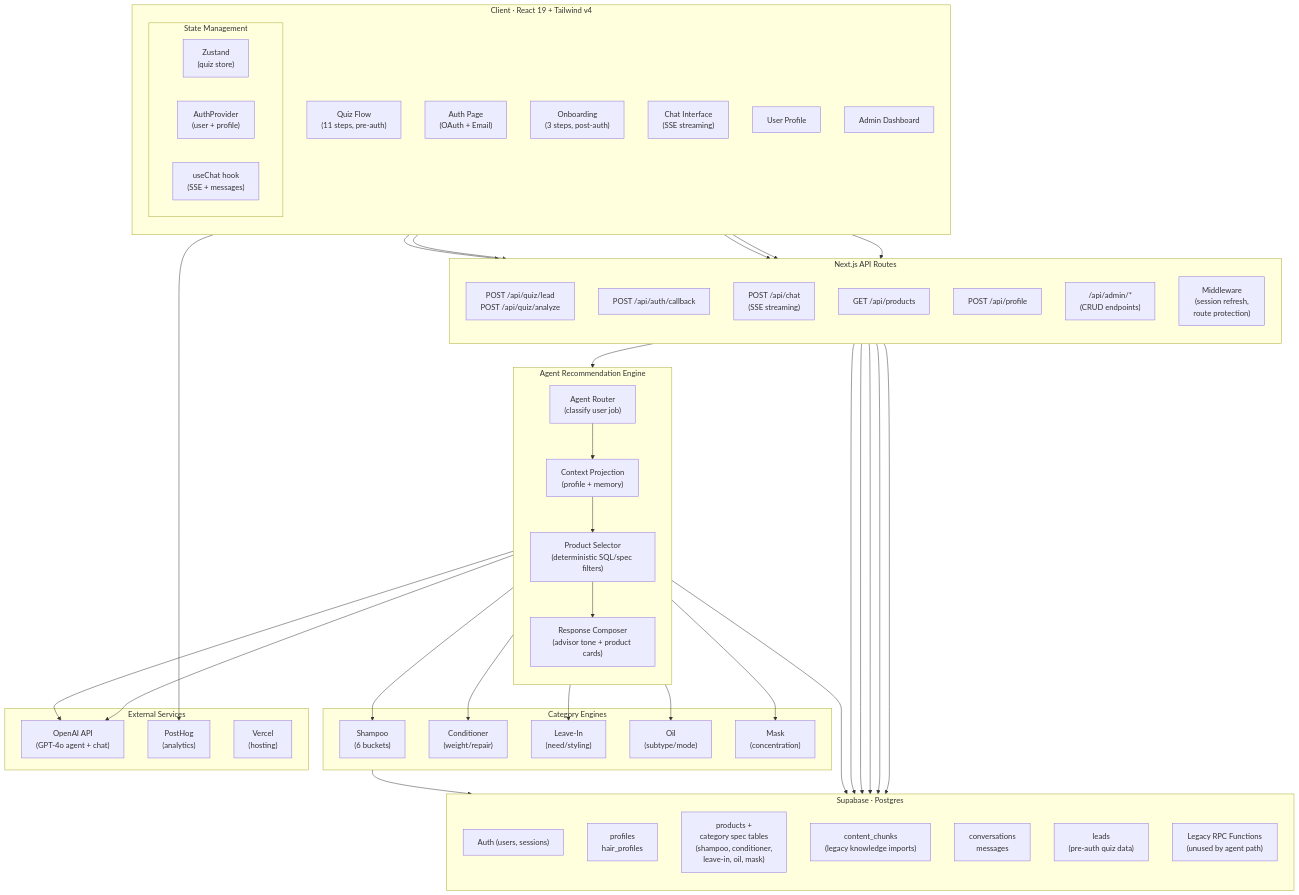
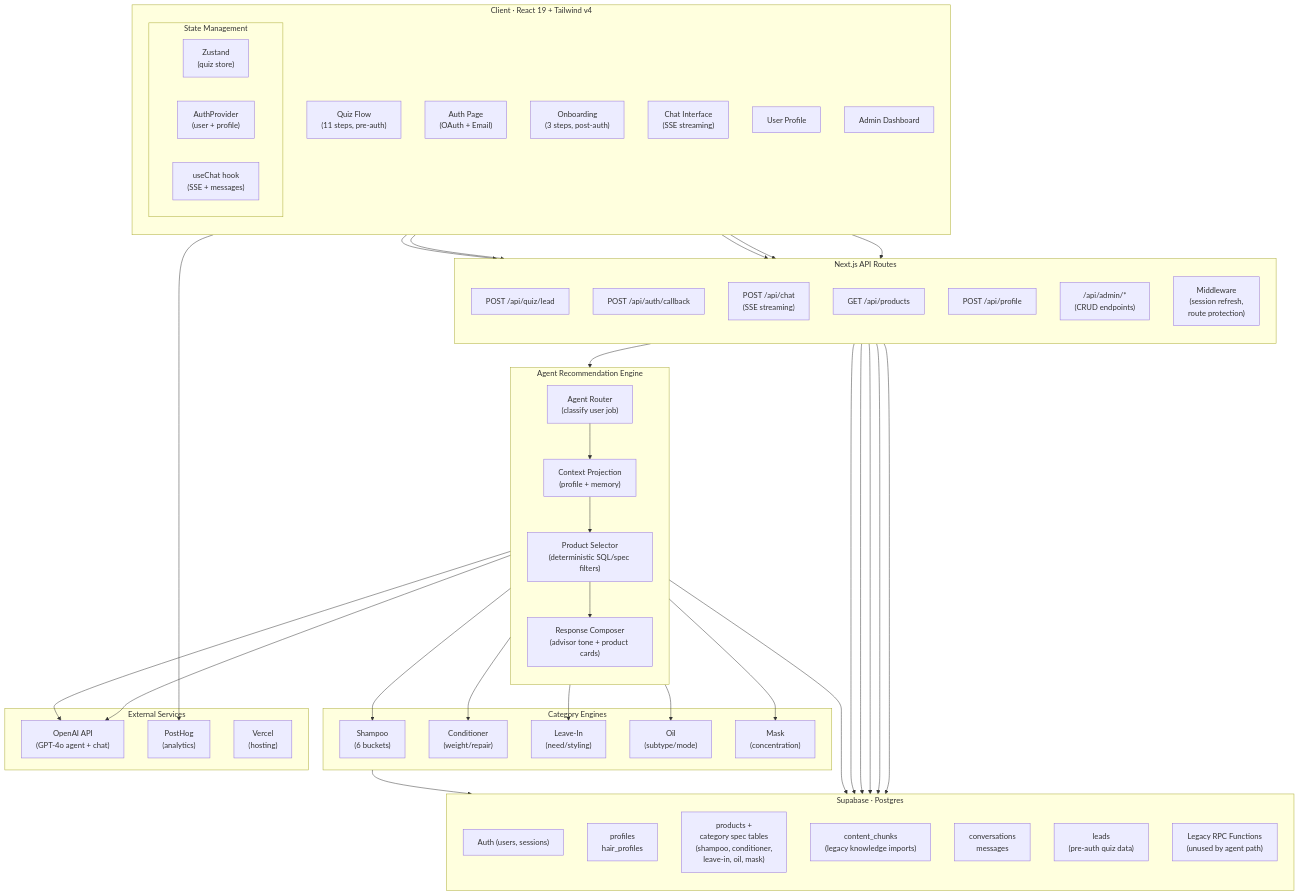
The first of 4 diagrams in OVERVIEW.md (NickRuppy/hair_concierge), drawn with Mermaid before and after one commit. The commit also changed 25 other files, not shown here.

Commit message:
chore(quiz): retire analyze and share results

```diff
--- a/OVERVIEW.md
+++ b/OVERVIEW.md
@@ -46,7 +46,7 @@
 
     subgraph Server["Next.js API Routes"]
         direction TB
-        QuizAPI["POST /api/quiz/lead<br/>POST /api/quiz/analyze"]
+        QuizAPI["POST /api/quiz/lead"]
         AuthAPI["POST /api/auth/callback"]
         ChatAPI["POST /api/chat<br/>(SSE streaming)"]
         ProductsAPI["GET /api/products"]
```
